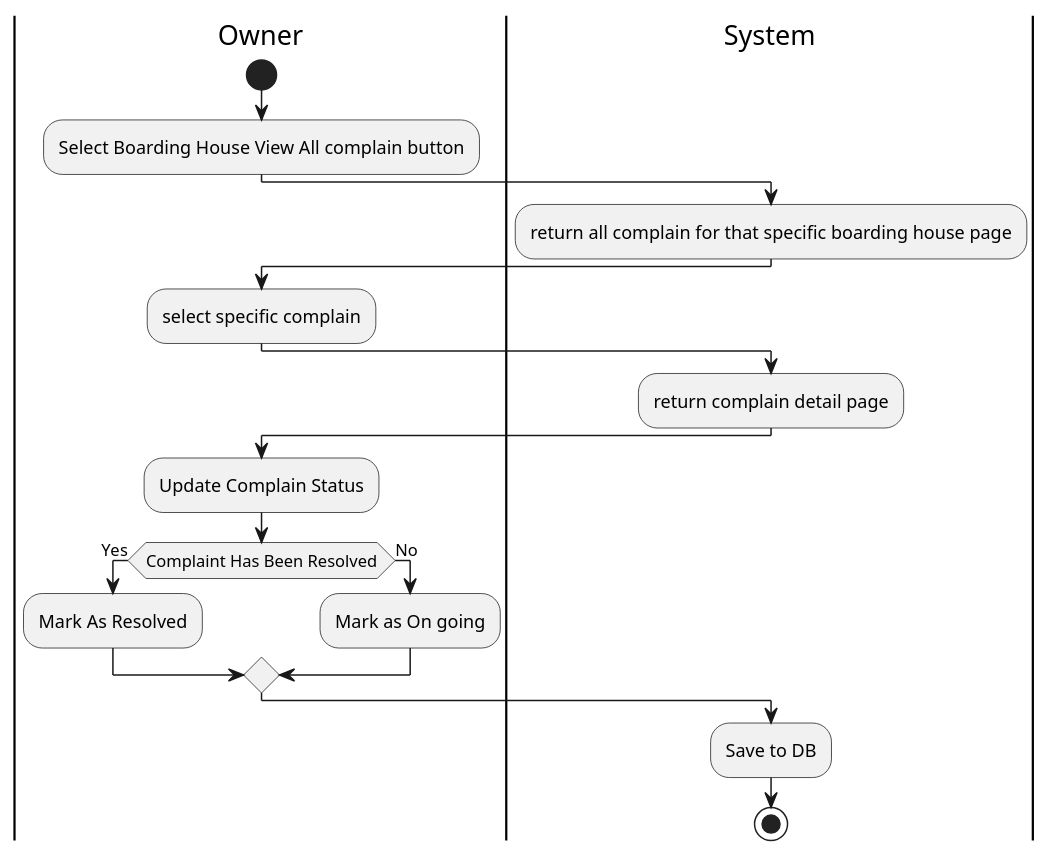
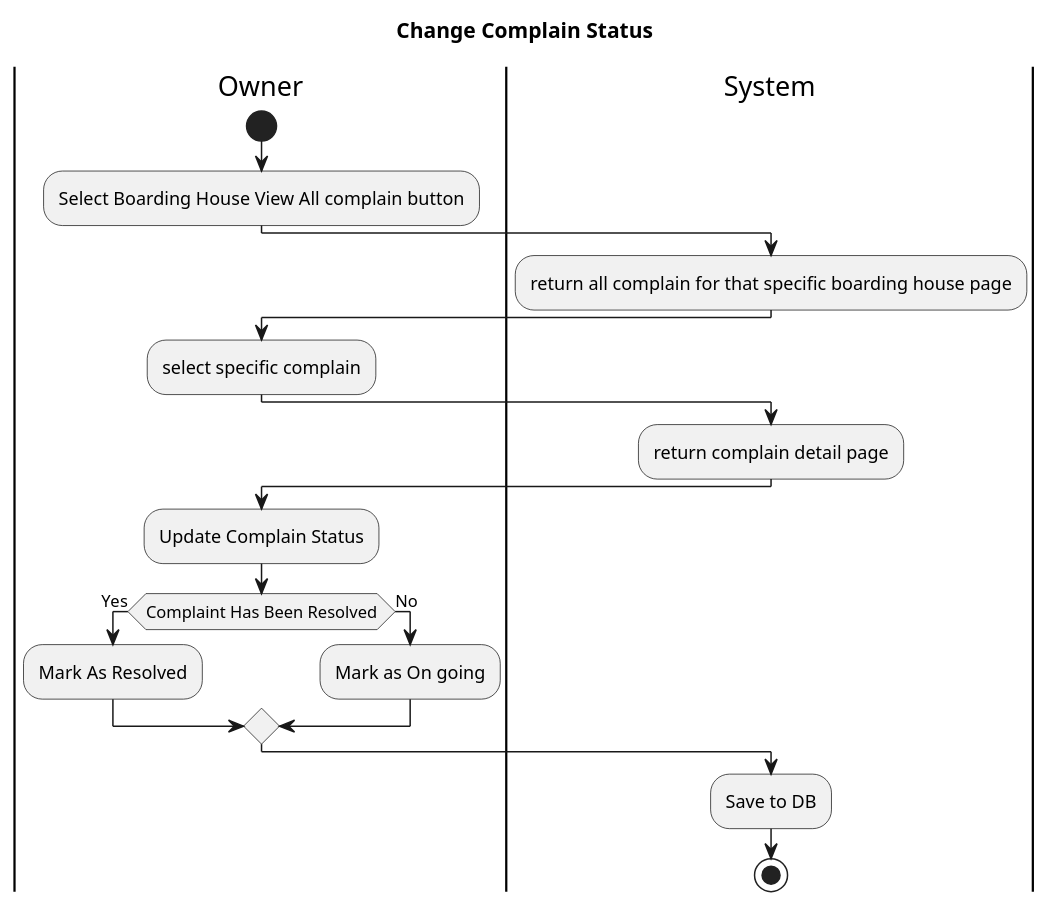
One commit to AntWort21/BHFMS changed the diagram in Design/BHFMS_ACTIVITY/Complain Change Status.puml. Above: the diagram before and after it, drawn with PlantUML. The commit also changed 34 other files, not shown here.

Commit message:
added title in sequence and activity diagram based on use case description, separated a few diagram

```diff
--- a/Design/BHFMS_ACTIVITY/Complain Change Status.puml
+++ b/Design/BHFMS_ACTIVITY/Complain Change Status.puml
@@ -1,21 +1,22 @@
 @startuml
+title Change Complain Status
 |Owner|
 start
 :Select Boarding House View All complain button;
 |System|
 :return all complain for that specific boarding house page;
 |Owner|
 :select specific complain;
 |System|
 :return complain detail page;
 |Owner|
 :Update Complain Status;
 If (Complaint Has Been Resolved) then (Yes)
     :Mark As Resolved;
 else (No)
     :Mark as On going;
 endif
 |System|
 :Save to DB;
 stop
 @enduml
```
